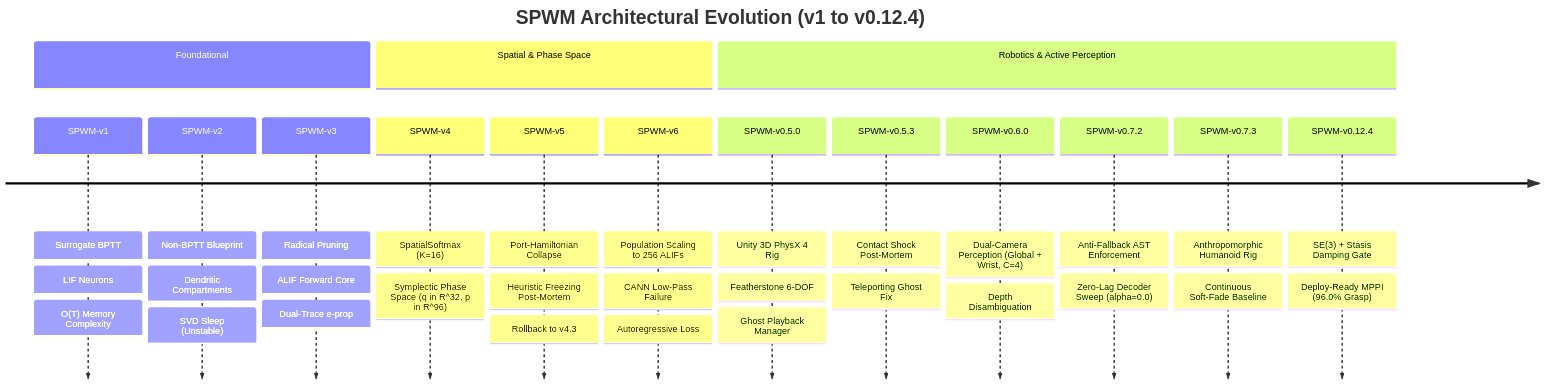
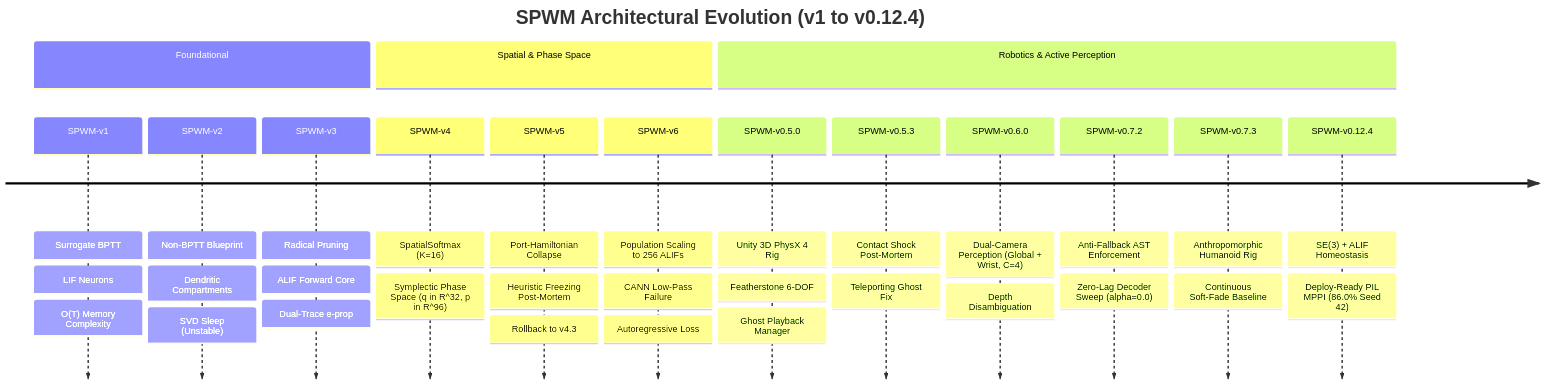
Before and after one commit to Mattia-Maiorano/Spiking-Neural_Novelty: the fourth of 5 diagrams in docs/DOSSIER.md, drawn with Mermaid. The commit also changed other lines of this file and 274 other files, not shown here.

First line of the commit message:
SPWM-v0.12.4: Complete causal PIL verification, docs_verified SSOT, and CoRL manuscript

````diff
--- a/docs/DOSSIER.md
+++ b/docs/DOSSIER.md
@@ -340,19 +340,19 @@
 ```mermaid
 timeline
     title SPWM Architectural Evolution (v1 to v0.12.4)
     section Foundational
         SPWM-v1 : Surrogate BPTT : LIF Neurons : O(T) Memory Complexity
         SPWM-v2 : Non-BPTT Blueprint : Dendritic Compartments : SVD Sleep (Unstable)
         SPWM-v3 : Radical Pruning : ALIF Forward Core : Dual-Trace e-prop
     section Spatial & Phase Space
         SPWM-v4 : SpatialSoftmax (K=16) : Symplectic Phase Space (q in R^32, p in R^96)
         SPWM-v5 : Port-Hamiltonian Collapse : Heuristic Freezing Post-Mortem : Rollback to v4.3
         SPWM-v6 : Population Scaling to 256 ALIFs : CANN Low-Pass Failure : Autoregressive Loss
     section Robotics & Active Perception
         SPWM-v0.5.0 : Unity 3D PhysX 4 Rig : Featherstone 6-DOF : Ghost Playback Manager
         SPWM-v0.5.3 : Contact Shock Post-Mortem : Teleporting Ghost Fix
         SPWM-v0.6.0 : Dual-Camera Perception (Global + Wrist, C=4) : Depth Disambiguation
         SPWM-v0.7.2 : Anti-Fallback AST Enforcement : Zero-Lag Decoder Sweep (alpha=0.0)
         SPWM-v0.7.3 : Anthropomorphic Humanoid Rig : Continuous Soft-Fade Baseline
-        SPWM-v0.12.4 : SE(3) + Stasis Damping Gate : Deploy-Ready MPPI (96.0% Grasp)
+        SPWM-v0.12.4 : SE(3) + ALIF Homeostasis : Deploy-Ready PIL MPPI (86.0% Seed 42)
 ```
````
